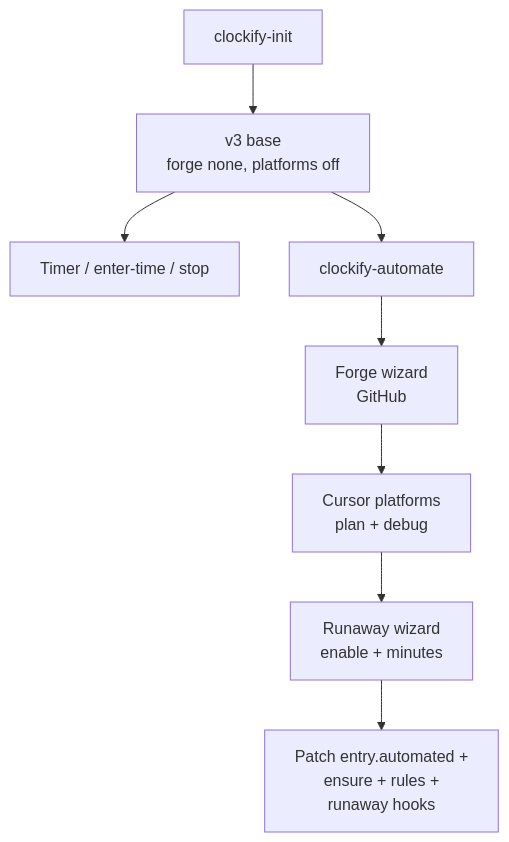
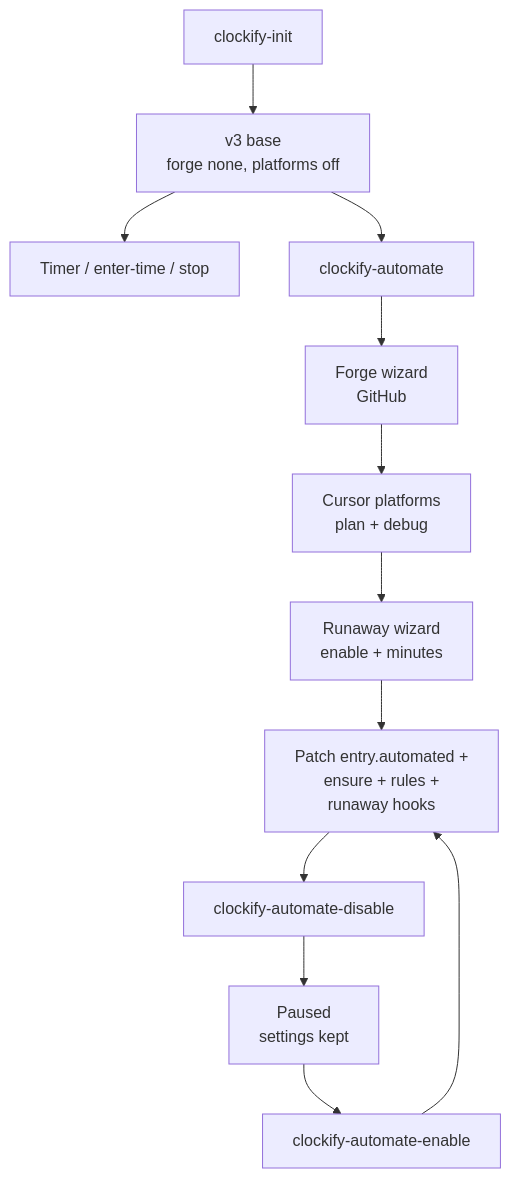
Before and after one commit to dustinestes/clockify-agent-plugin: the first of 3 diagrams in docs/flows.md, drawn with Mermaid. The commit also changed other lines of this file and 13 other files, not shown here.

First line of the commit message:
feat: clockify-automate-disable / enable (#87) (#94)

````diff
--- a/docs/flows.md
+++ b/docs/flows.md
@@ -33,15 +34,19 @@
 ```mermaid
 flowchart TD
   init["clockify-init"]
   baseYaml["v3 base\nforge none, platforms off"]
   manualUse["Timer / enter-time / stop"]
   automate["clockify-automate"]
   forgeWiz["Forge wizard\nGitHub"]
   cursorWiz["Cursor platforms\nplan + debug"]
   runawayWiz["Runaway wizard\nenable + minutes"]
   patch["Patch entry.automated +\nensure + rules +\nrunaway hooks"]
+  disable["clockify-automate-disable"]
+  paused["Paused\nsettings kept"]
+  enable["clockify-automate-enable"]
 
   init --> baseYaml --> manualUse
   baseYaml --> automate
   automate --> forgeWiz --> cursorWiz --> runawayWiz --> patch
+  patch --> disable --> paused --> enable --> patch
 ```
````
